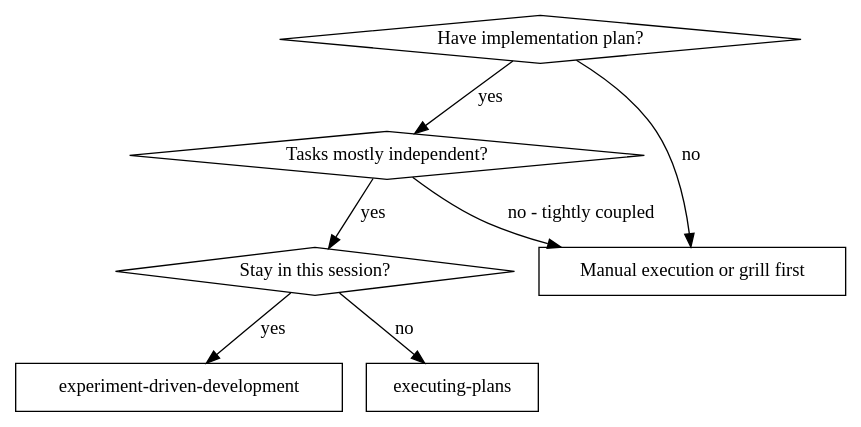
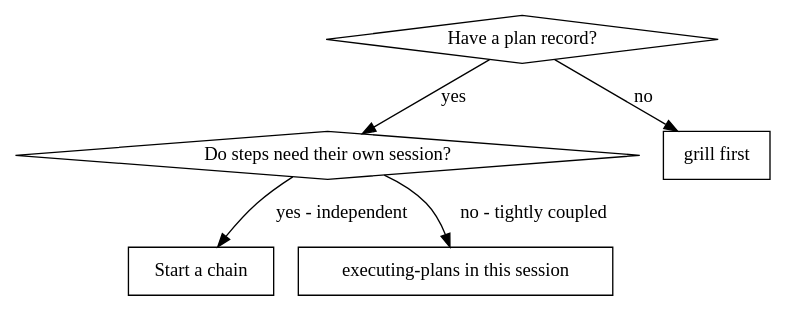
Before and after one commit to eglove/ethang-agent: the diagram in src/eThangAgent.Skill.Domain/skills/experiment-driven-development/SKILL.md, drawn with Graphviz. The commit also changed other lines of this file and 16 other files, not shown here.

````diff
--- a/src/eThangAgent.Skill.Domain/skills/experiment-driven-development/SKILL.md
+++ b/src/eThangAgent.Skill.Domain/skills/experiment-driven-development/SKILL.md
@@ -30,17 +44,14 @@
 ```dot
 digraph when_to_use {
-    "Have implementation plan?" [shape=diamond];
-    "Tasks mostly independent?" [shape=diamond];
-    "Stay in this session?" [shape=diamond];
-    "experiment-driven-development" [shape=box];
-    "executing-plans" [shape=box];
-    "Manual execution or grill first" [shape=box];
+    "Have a plan record?" [shape=diamond];
+    "Do steps need their own session?" [shape=diamond];
+    "Start a chain" [shape=box];
+    "executing-plans in this session" [shape=box];
+    "grill first" [shape=box];
 
-    "Have implementation plan?" -> "Tasks mostly independent?" [label="yes"];
-    "Have implementation plan?" -> "Manual execution or grill first" [label="no"];
-    "Tasks mostly independent?" -> "Stay in this session?" [label="yes"];
-    "Tasks mostly independent?" -> "Manual execution or grill first" [label="no - tightly coupled"];
-    "Stay in this session?" -> "experiment-driven-development" [label="yes"];
-    "Stay in this session?" -> "executing-plans" [label="no"];
+    "Have a plan record?" -> "Do steps need their own session?" [label="yes"];
+    "Have a plan record?" -> "grill first" [label="no"];
+    "Do steps need their own session?" -> "Start a chain" [label="yes - independent"];
+    "Do steps need their own session?" -> "executing-plans in this session" [label="no - tightly coupled"];
 }
 ```
````
